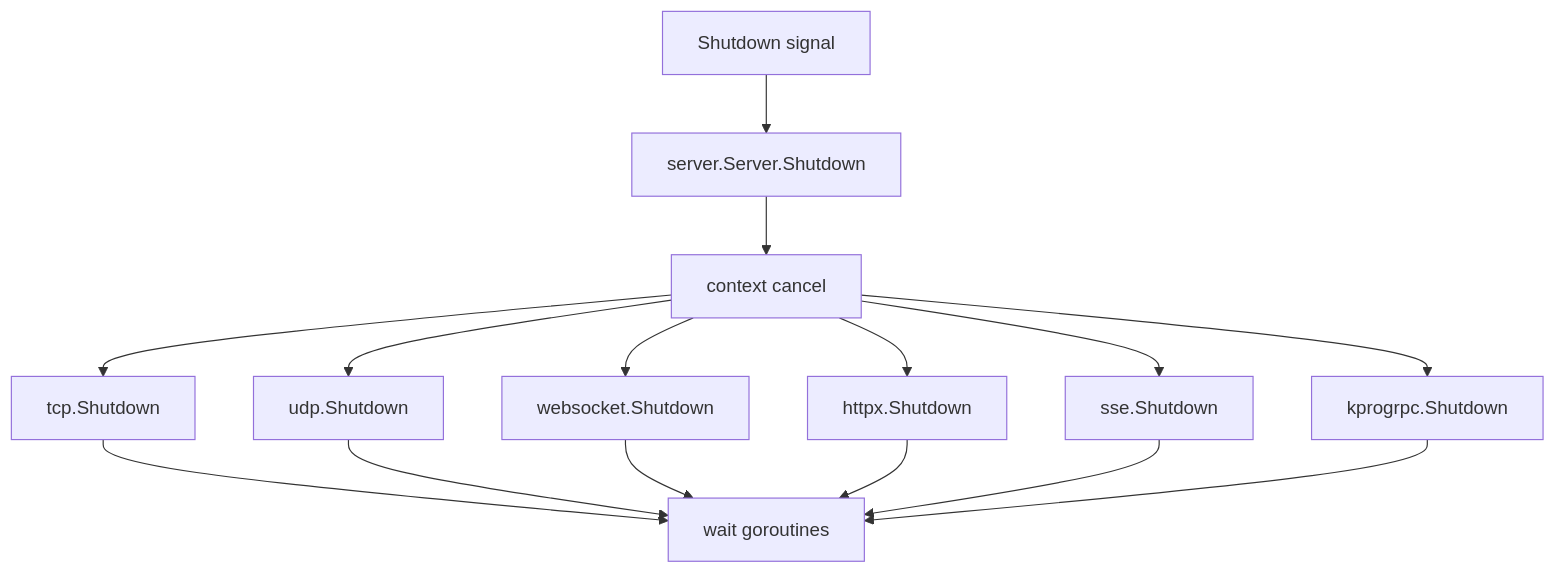
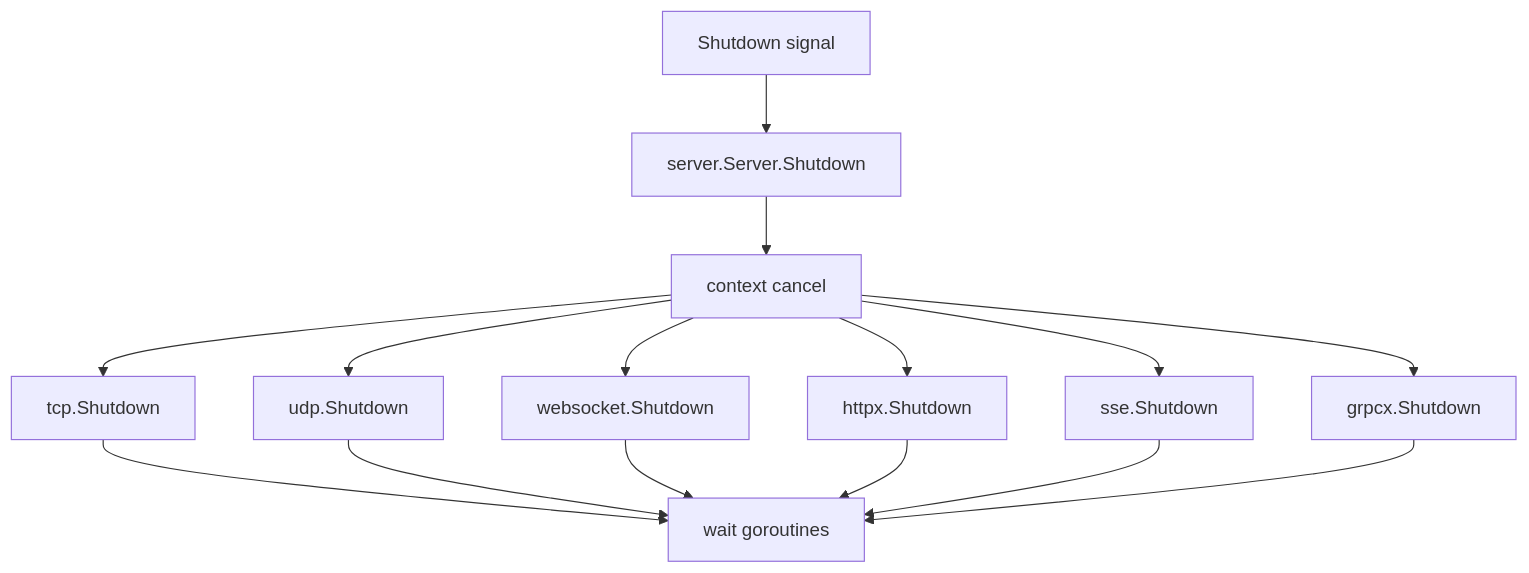
The eighth of 8 diagrams in docs/call-flow.md (saramand9/kpro), drawn with Mermaid before and after one commit. The commit also changed other lines of this file and 32 other files, not shown here.

````diff
--- a/docs/call-flow.md
+++ b/docs/call-flow.md
@@ -205,17 +205,17 @@
 ```mermaid
 flowchart TD
     Signal[Shutdown signal] --> AppShutdown[server.Server.Shutdown]
     AppShutdown --> Cancel[context cancel]
     Cancel --> TCPShutdown[tcp.Shutdown]
     Cancel --> UDPShutdown[udp.Shutdown]
     Cancel --> WSShutdown[websocket.Shutdown]
     Cancel --> HTTPShutdown[httpx.Shutdown]
     Cancel --> SSEShutdown[sse.Shutdown]
-    Cancel --> GRPCShutdown[kprogrpc.Shutdown]
+    Cancel --> GRPCShutdown[grpcx.Shutdown]
     TCPShutdown --> Done[wait goroutines]
     UDPShutdown --> Done
     WSShutdown --> Done
     HTTPShutdown --> Done
     SSEShutdown --> Done
     GRPCShutdown --> Done
 ```
````
